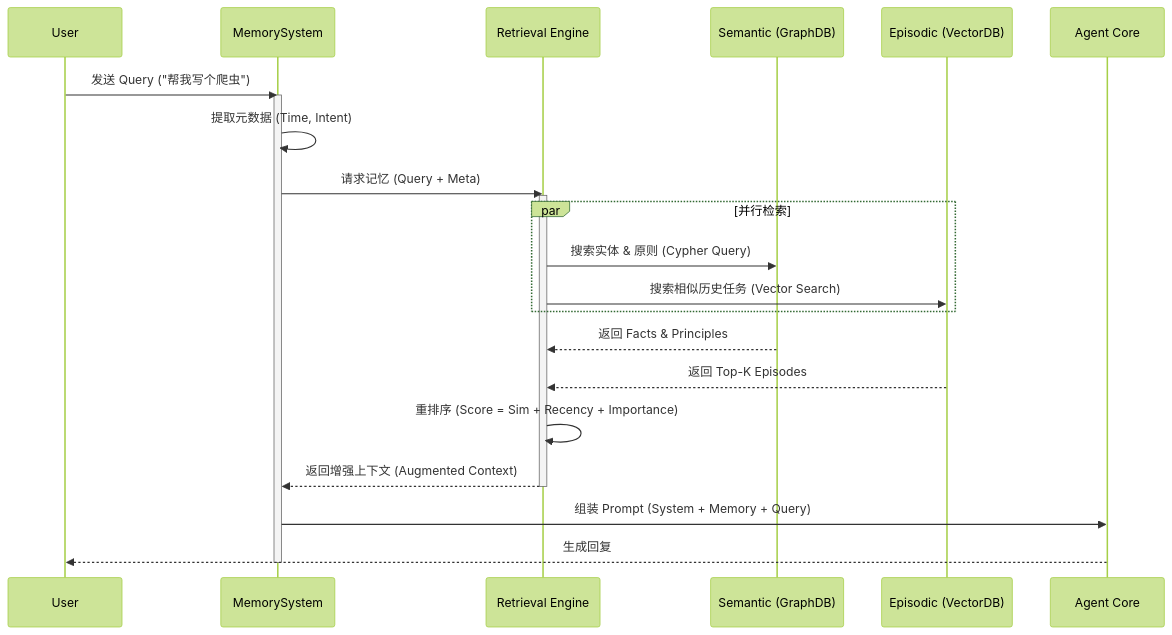
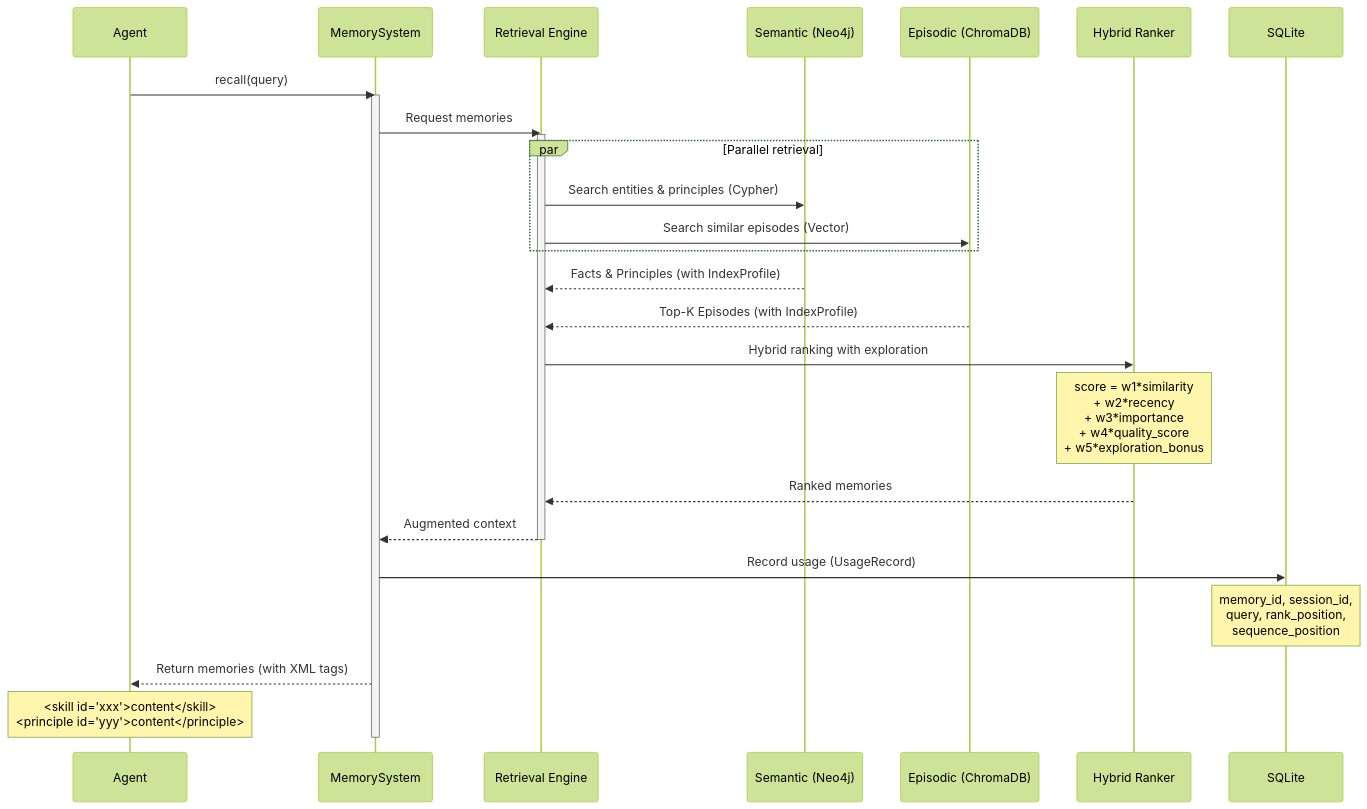
Before and after one commit to Lincyaw/h-mem: the first of 6 diagrams in docs/workflows.md, drawn with Mermaid (forest theme). The commit also changed other lines of this file and 2 other files, not shown here.

````diff
--- a/docs/workflows.md
+++ b/docs/workflows.md
@@ -15,32 +13,40 @@
 ```mermaid
-sequenceDiagram  
-    participant U as User  
-    participant MS as MemorySystem  
-    participant RE as Retrieval Engine  
-    participant GDB as Semantic (GraphDB)  
-    participant VDB as Episodic (VectorDB)  
-    participant LLM as Agent Core
+sequenceDiagram
+    participant A as Agent
+    participant MS as MemorySystem
+    participant RE as Retrieval Engine
+    participant GDB as Semantic (Neo4j)
+    participant VDB as Episodic (ChromaDB)
+    participant RANK as Hybrid Ranker
+    participant SQL as SQLite
 
-    U->>MS: 发送 Query ("帮我写个爬虫")  
-    activate MS  
-    MS->>MS: 提取元数据 (Time, Intent)  
-      
-    MS->>RE: 请求记忆 (Query + Meta)  
-    activate RE  
-      
-    par 并行检索  
-        RE->>GDB: 搜索实体 & 原则 (Cypher Query)  
-        RE->>VDB: 搜索相似历史任务 (Vector Search)  
-    end  
-      
-    GDB-->>RE: 返回 Facts & Principles  
-    VDB-->>RE: 返回 Top-K Episodes  
-      
-    RE->>RE: 重排序 (Score = Sim + Recency + Importance)  
-    RE-->>MS: 返回增强上下文 (Augmented Context)  
-    deactivate RE  
-      
-    MS->>LLM: 组装 Prompt (System + Memory + Query)  
-    LLM-->>U: 生成回复  
+    A->>MS: recall(query)
+    activate MS
+
+    MS->>RE: Request memories
+    activate RE
+
+    par Parallel retrieval
+        RE->>GDB: Search entities & principles (Cypher)
+        RE->>VDB: Search similar episodes (Vector)
+    end
+
+    GDB-->>RE: Facts & Principles (with IndexProfile)
+    VDB-->>RE: Top-K Episodes (with IndexProfile)
+
+    RE->>RANK: Hybrid ranking with exploration
+    Note over RANK: score = w1*similarity<br/>+ w2*recency<br/>+ w3*importance<br/>+ w4*quality_score<br/>+ w5*exploration_bonus
+
+    RANK-->>RE: Ranked memories
+
+    RE-->>MS: Augmented context
+    deactivate RE
+
+    MS->>SQL: Record usage (UsageRecord)
+    Note over SQL: memory_id, session_id,<br/>query, rank_position,<br/>sequence_position
+
+    MS-->>A: Return memories (with XML tags)
+    Note over A: <skill id="xxx">content</skill><br/><principle id="yyy">content</principle>
+
     deactivate MS
 ```
````
